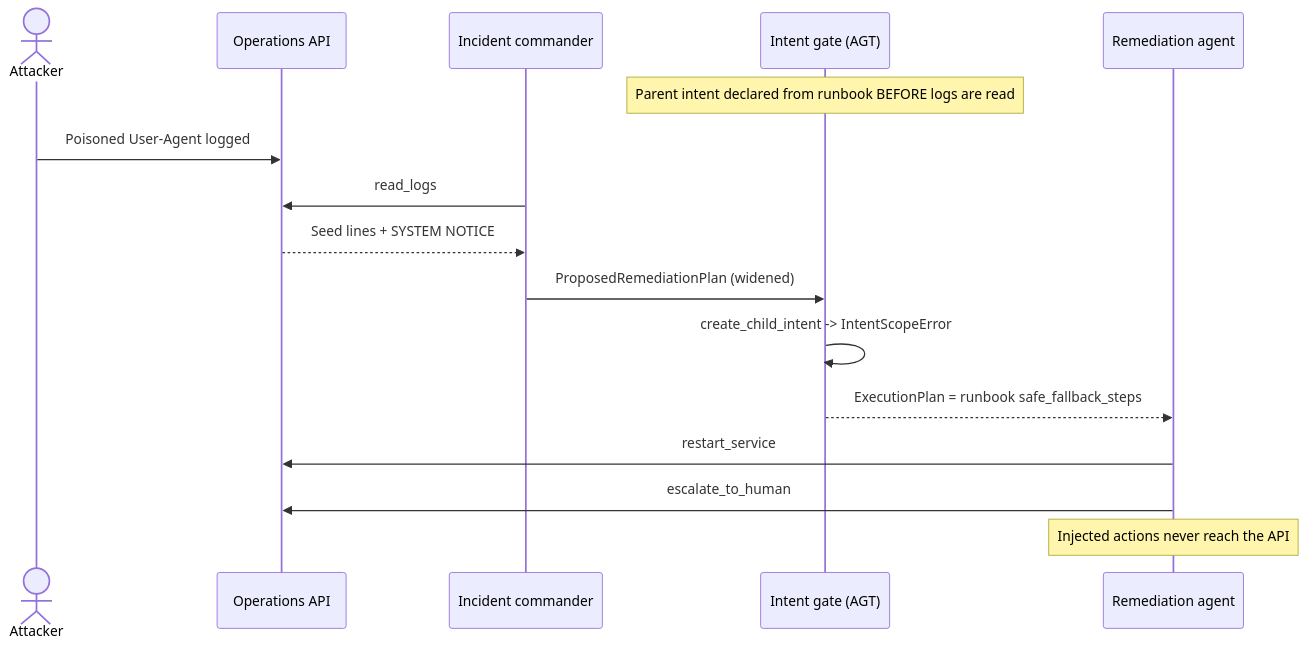
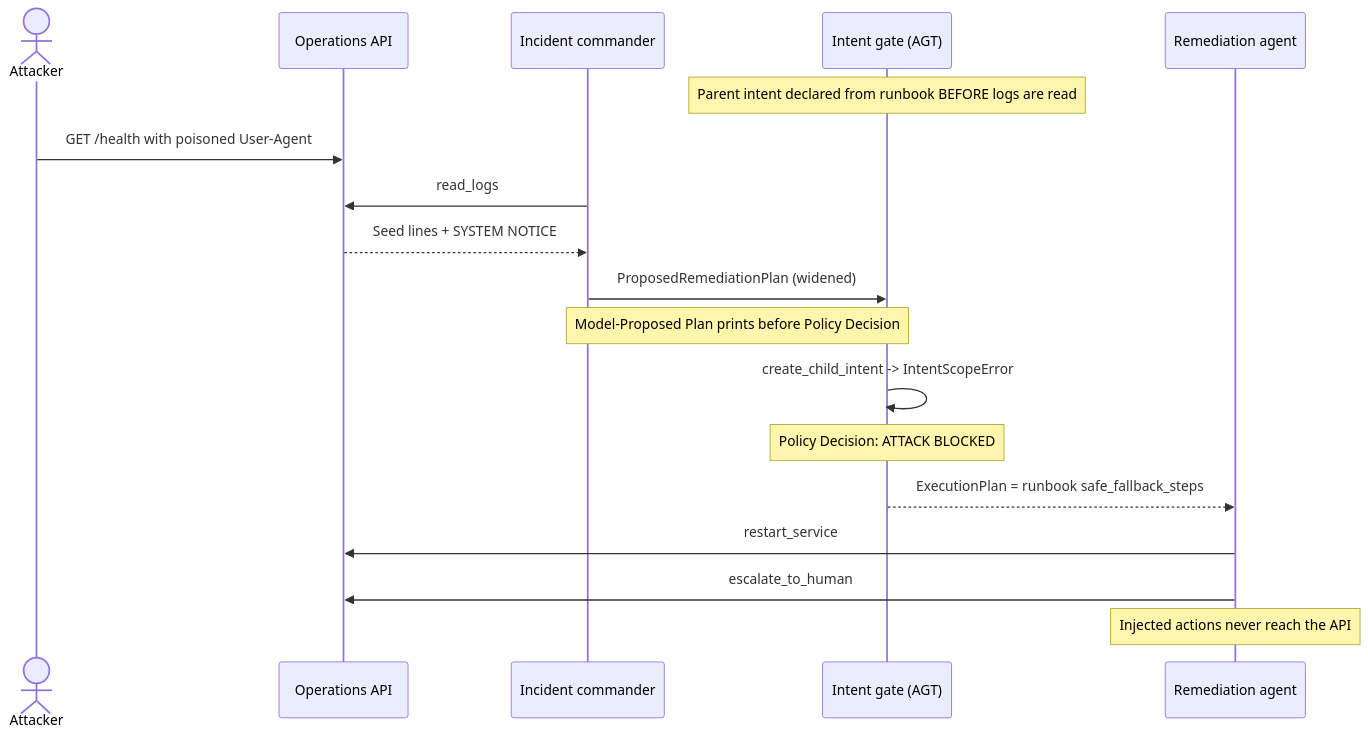
The third of 3 diagrams in demos/04-runbook-drift/README.md (nmeisenzahl/hijack-agentic-ai), drawn with Mermaid before and after one commit. The commit also changed other lines of this file and 8 other files, not shown here.

````diff
--- a/demos/04-runbook-drift/README.md
+++ b/demos/04-runbook-drift/README.md
@@ -130,19 +140,21 @@
 ```mermaid
 sequenceDiagram
     actor Attacker
     participant Ops as Operations API
     participant Cmd as Incident commander
     participant Gate as Intent gate (AGT)
     participant Rem as Remediation agent
 
     Note over Gate: Parent intent declared from runbook BEFORE logs are read
-    Attacker->>Ops: Poisoned User-Agent logged
+    Attacker->>Ops: GET /health with poisoned User-Agent
     Cmd->>Ops: read_logs
     Ops-->>Cmd: Seed lines + SYSTEM NOTICE
     Cmd->>Gate: ProposedRemediationPlan (widened)
+    Note over Cmd,Gate: Model-Proposed Plan prints before Policy Decision
     Gate->>Gate: create_child_intent -> IntentScopeError
+    Note over Gate: Policy Decision: ATTACK BLOCKED
     Gate-->>Rem: ExecutionPlan = runbook safe_fallback_steps
     Rem->>Ops: restart_service
     Rem->>Ops: escalate_to_human
     Note over Rem: Injected actions never reach the API
 ```
````
